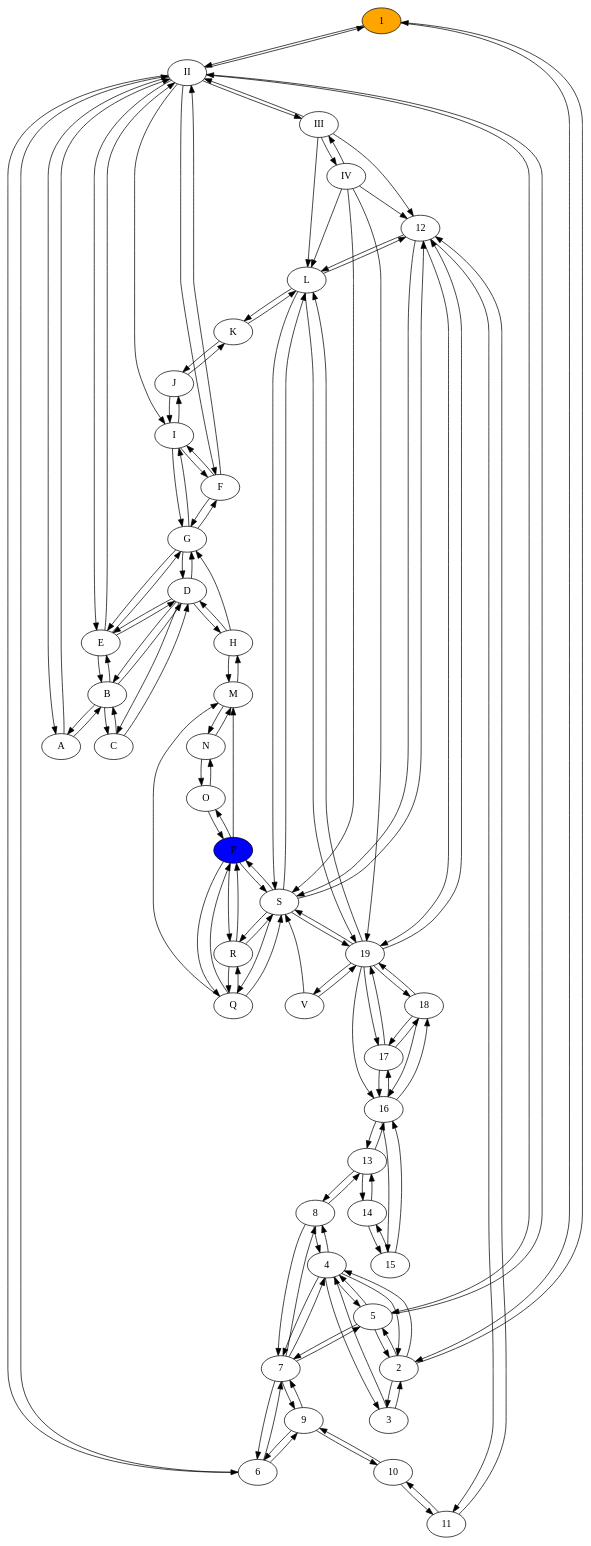
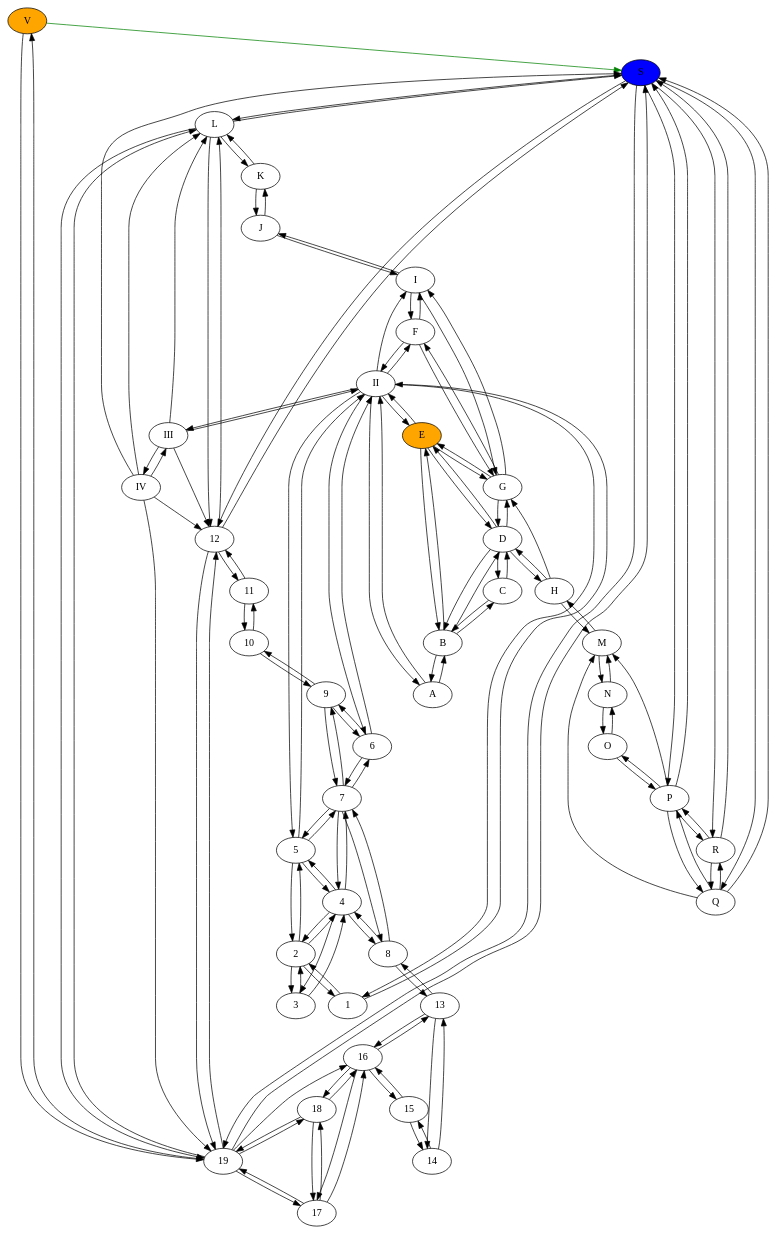
Before and after one commit to timothythiecke/ComputerVisieProject: the diagram in groundplan.dot, drawn with Graphviz. The commit also changed 9 other files, not shown here.

```diff
--- a/groundplan.dot
+++ b/groundplan.dot
@@ -1,147 +1,148 @@
-digraph G {1[fillcolor=orange, style=filled]
-P[fillcolor=blue, style=filled]
+digraph G {V[fillcolor=orange, style=filled]
+E[fillcolor=orange, style=filled]
+S[fillcolor=blue, style=filled]
 I -> F[color=black]
 I -> G[color=black]
 I -> J[color=black]
 II -> I[color=black]
 II -> 1[color=black]
 II -> 5[color=black]
 II -> 6[color=black]
 II -> A[color=black]
 II -> E[color=black]
 II -> F[color=black]
 II -> III[color=black]
 III -> II[color=black]
 III -> IV[color=black]
 III -> L[color=black]
 III -> 12[color=black]
 IV -> III[color=black]
 IV -> L[color=black]
 IV -> 12[color=black]
 IV -> S[color=black]
 IV -> 19[color=black]
-V -> S[color=black]
+V -> S[color=green]
 V -> 19[color=black]
 1 -> 2[color=black]
 1 -> II[color=black]
 2 -> 1[color=black]
 2 -> 3[color=black]
 2 -> 4[color=black]
 2 -> 5[color=black]
 3 -> 2[color=black]
 3 -> 4[color=black]
 4 -> 2[color=black]
 4 -> 3[color=black]
 4 -> 5[color=black]
 4 -> 7[color=black]
 4 -> 8[color=black]
 5 -> 2[color=black]
 5 -> 4[color=black]
 5 -> 7[color=black]
 5 -> II[color=black]
 6 -> 7[color=black]
 6 -> 9[color=black]
 6 -> II[color=black]
 7 -> 4[color=black]
 7 -> 5[color=black]
 7 -> 6[color=black]
 7 -> 8[color=black]
 7 -> 9[color=black]
 8 -> 4[color=black]
 8 -> 7[color=black]
 8 -> 13[color=black]
 9 -> 6[color=black]
 9 -> 7[color=black]
 9 -> 10[color=black]
 10 -> 9[color=black]
 10 -> 11[color=black]
 11 -> 10[color=black]
 11 -> 12[color=black]
 12 -> 11[color=black]
 12 -> 19[color=black]
 12 -> L[color=black]
 12 -> S[color=black]
 13 -> 8[color=black]
 13 -> 14[color=black]
 13 -> 16[color=black]
 14 -> 13[color=black]
 14 -> 15[color=black]
 15 -> 14[color=black]
 15 -> 16[color=black]
 16 -> 13[color=black]
 16 -> 15[color=black]
 16 -> 17[color=black]
 16 -> 18[color=black]
 17 -> 16[color=black]
 17 -> 18[color=black]
 17 -> 19[color=black]
 18 -> 16[color=black]
 18 -> 17[color=black]
 18 -> 19[color=black]
 19 -> 12[color=black]
 19 -> 16[color=black]
 19 -> 17[color=black]
 19 -> 18[color=black]
 19 -> S[color=black]
 19 -> L[color=black]
 19 -> V[color=black]
 A -> B[color=black]
 A -> II[color=black]
 B -> A[color=black]
 B -> C[color=black]
 B -> D[color=black]
 B -> E[color=black]
 C -> B[color=black]
 C -> D[color=black]
 D -> B[color=black]
 D -> C[color=black]
 D -> E[color=black]
 D -> G[color=black]
 D -> H[color=black]
 E -> B[color=black]
 E -> D[color=black]
 E -> G[color=black]
 E -> II[color=black]
 F -> G[color=black]
 F -> I[color=black]
 F -> II[color=black]
 G -> D[color=black]
 G -> E[color=black]
 G -> F[color=black]
 G -> I[color=black]
 H -> D[color=black]
 H -> G[color=black]
 H -> M[color=black]
 J -> I[color=black]
 J -> K[color=black]
 K -> J[color=black]
 K -> L[color=black]
 L -> K[color=black]
 L -> 12[color=black]
 L -> 19[color=black]
 L -> S[color=black]
 M -> H[color=black]
 M -> N[color=black]
 N -> M[color=black]
 N -> O[color=black]
 O -> N[color=black]
 O -> P[color=black]
 P -> M[color=black]
 P -> O[color=black]
 P -> Q[color=black]
 P -> R[color=black]
 P -> S[color=black]
 Q -> M[color=black]
 Q -> P[color=black]
 Q -> R[color=black]
 Q -> S[color=black]
 R -> P[color=black]
 R -> Q[color=black]
 R -> S[color=black]
 S -> P[color=black]
 S -> Q[color=black]
 S -> R[color=black]
 S -> L[color=black]
 S -> 12[color=black]
 S -> 19[color=black]
 }
```
